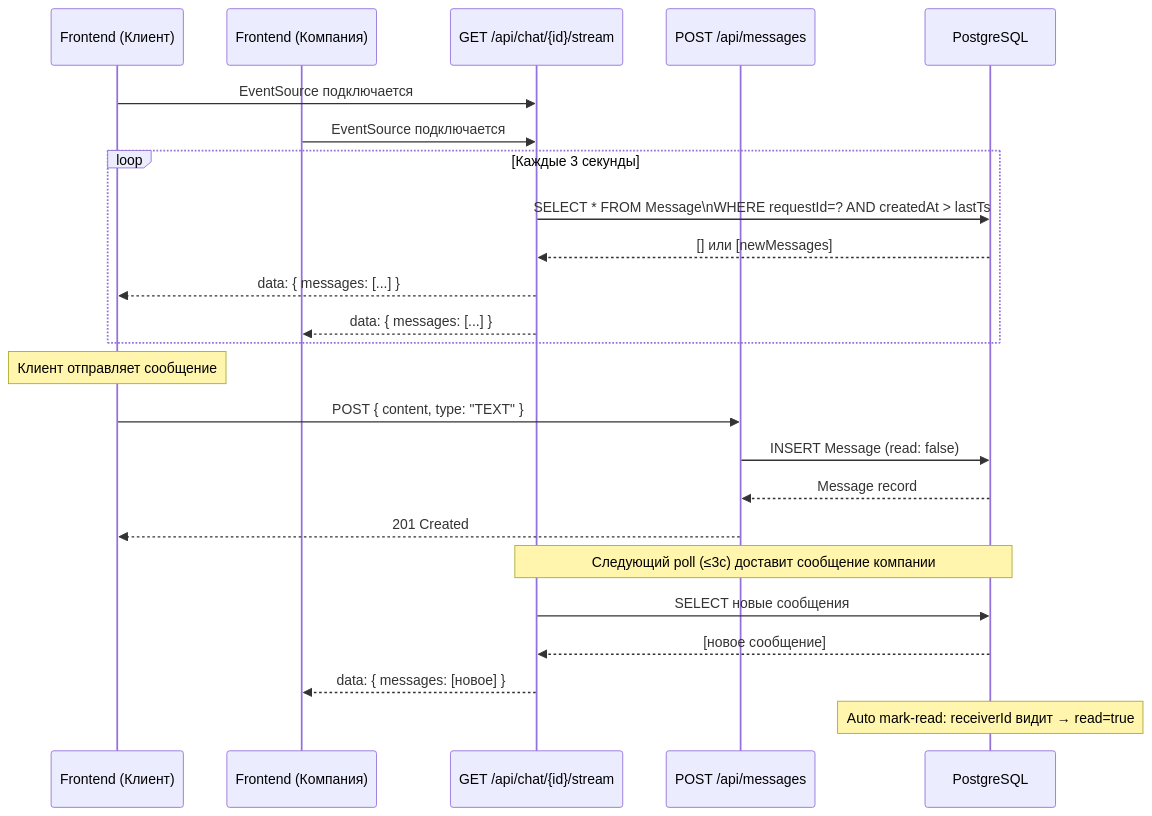
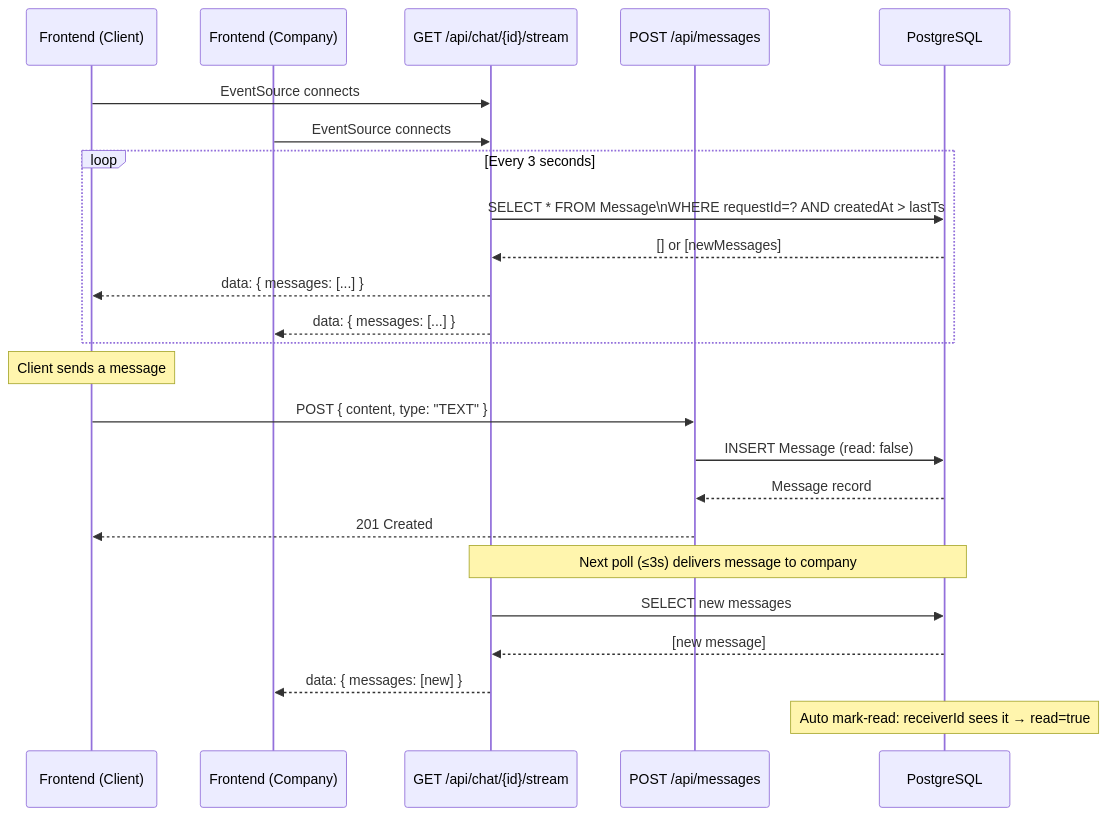
One commit to Asanali2077/remont_kz changed the sixth of 10 diagrams in diploma.md. Above: the diagram before and after it, drawn with Mermaid. The commit also changed other lines of this file and 2 other files, not shown here.

````diff
--- a/diploma.md
+++ b/diploma.md
@@ -1287,33 +1424,33 @@
 ```mermaid
 sequenceDiagram
-    participant FC as Frontend (Клиент)
-    participant FCo as Frontend (Компания)
+    participant FC as Frontend (Client)
+    participant FCo as Frontend (Company)
     participant SSE as GET /api/chat/{id}/stream
     participant MAPI as POST /api/messages
     participant DB as PostgreSQL
 
-    FC->>SSE: EventSource подключается
-    FCo->>SSE: EventSource подключается
+    FC->>SSE: EventSource connects
+    FCo->>SSE: EventSource connects
 
-    loop Каждые 3 секунды
+    loop Every 3 seconds
         SSE->>DB: SELECT * FROM Message\nWHERE requestId=? AND createdAt > lastTs
-        DB-->>SSE: [] или [newMessages]
+        DB-->>SSE: [] or [newMessages]
         SSE-->>FC: data: { messages: [...] }
         SSE-->>FCo: data: { messages: [...] }
     end
 
-    Note over FC: Клиент отправляет сообщение
+    Note over FC: Client sends a message
 
     FC->>MAPI: POST { content, type: "TEXT" }
     MAPI->>DB: INSERT Message (read: false)
     DB-->>MAPI: Message record
     MAPI-->>FC: 201 Created
 
-    Note over SSE,DB: Следующий poll (≤3с) доставит сообщение компании
+    Note over SSE,DB: Next poll (≤3s) delivers message to company
 
-    SSE->>DB: SELECT новые сообщения
-    DB-->>SSE: [новое сообщение]
-    SSE-->>FCo: data: { messages: [новое] }
+    SSE->>DB: SELECT new messages
+    DB-->>SSE: [new message]
+    SSE-->>FCo: data: { messages: [new] }
 
-    Note over DB: Auto mark-read: receiverId видит → read=true
+    Note over DB: Auto mark-read: receiverId sees it → read=true
 ```
````
